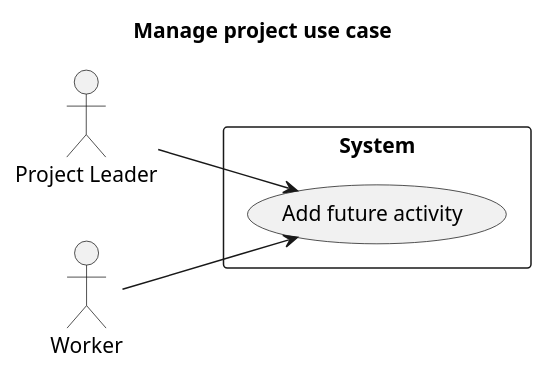
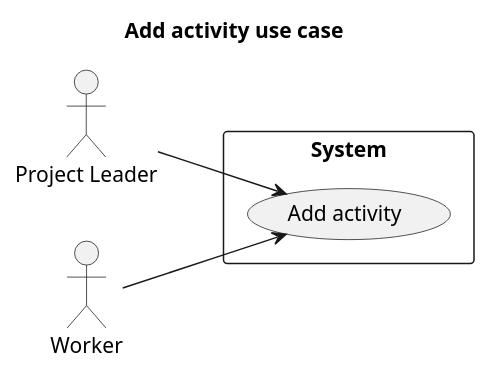
One commit to Shuhab-Siddigi/Software-Engineering changed the first of 2 diagrams in usecases/Worker/add_future_activity.md. Above: the diagram before and after it, drawn with PlantUML.

````diff
--- a/usecases/Worker/add_future_activity.md
+++ b/usecases/Worker/add_future_activity.md
@@ -3,18 +3,18 @@
 ```plantuml
 @startuml
 left to right direction
-title Manage project use case
+title Add activity use case
 actor "Project Leader" as pl
 actor "Worker" as wo
 
 rectangle System {
-  usecase "Add future activity" as UC11  
+  usecase "Add activity" as UC11  
   
 pl --> UC11
 wo --> UC11
 
 }
 
 
 @enduml
 ```
````
